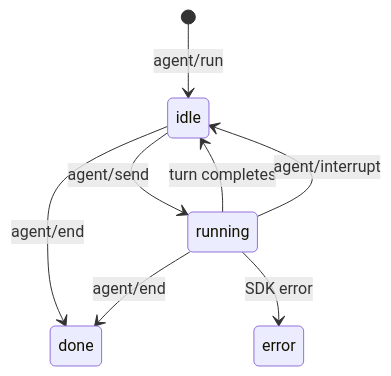
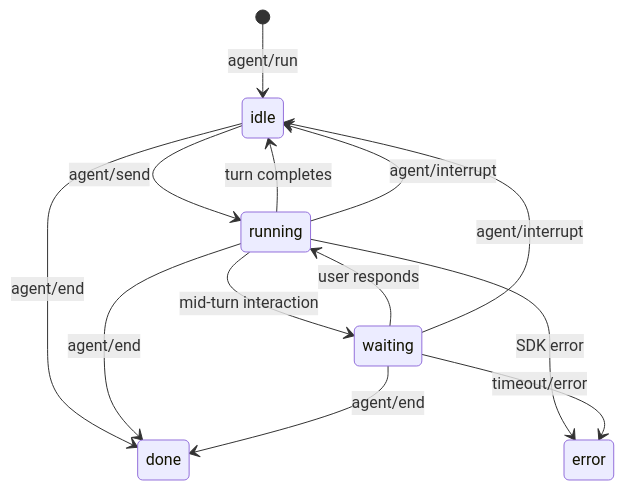
Before and after one commit to JetBrains/thinkrail: the first of 5 diagrams in backend/app/agent/README.md, drawn with Mermaid. The commit also changed other lines of this file and 6 other files, not shown here.

````diff
--- a/backend/app/agent/README.md
+++ b/backend/app/agent/README.md
@@ -28,12 +30,18 @@
 ```mermaid
 stateDiagram-v2
     [*] --> idle : agent/run
 
     idle --> running : agent/send
     idle --> done : agent/end
 
     running --> idle : turn completes
+    running --> waiting : mid-turn interaction
     running --> idle : agent/interrupt
     running --> done : agent/end
     running --> error : SDK error
+
+    waiting --> running : user responds
+    waiting --> idle : agent/interrupt
+    waiting --> done : agent/end
+    waiting --> error : timeout/error
 ```
````
